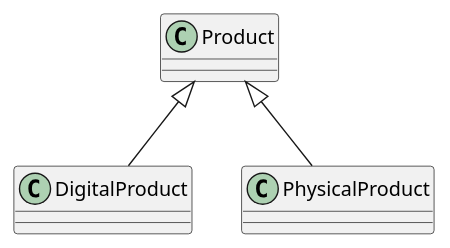
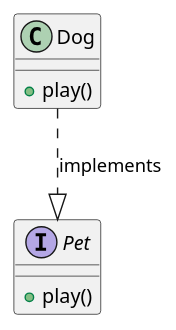
The fifth of 9 diagrams in relationships/UML_Relationships_Tutorial.md (andikatjacobdennis/UML), drawn with PlantUML before and after one commit. The commit also changed other lines of this file, not shown here.

````diff
--- a/relationships/UML_Relationships_Tutorial.md
+++ b/relationships/UML_Relationships_Tutorial.md
@@ -161,13 +90,11 @@
 ```plantuml
 @startuml
-class Product {
+interface Pet {
+  +play()
 }
-class DigitalProduct {
+class Dog {
+  +play()
 }
-class PhysicalProduct {
-}
-
-Product <|-- DigitalProduct
-Product <|-- PhysicalProduct
+Dog ..|> Pet : implements
 @enduml
 ```
````
